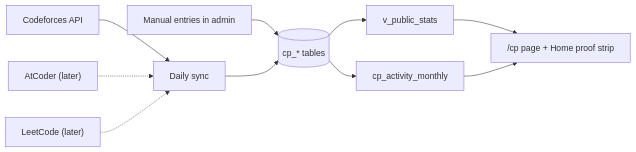
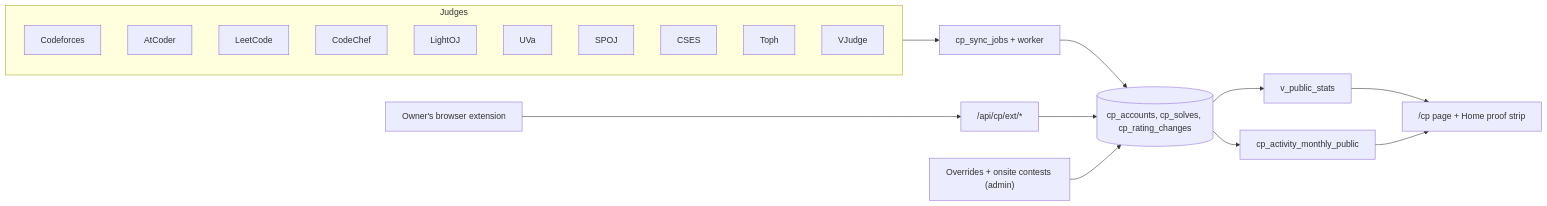
The diagram in docs/11-content-modules.md (eyasir329/portfolio), drawn with Mermaid before and after one commit. The commit also changed other lines of this file and 25 other files, not shown here.

````diff
--- a/docs/11-content-modules.md
+++ b/docs/11-content-modules.md
@@ -92,12 +58,23 @@
 ```mermaid
 flowchart LR
-  CF["Codeforces API"] --> SYNC["Daily sync"]
-  AT["AtCoder (later)"] -.-> SYNC
-  LC["LeetCode (later)"] -.-> SYNC
-  MAN["Manual entries in admin"] --> DB[("cp_* tables")]
-  SYNC --> DB
+  subgraph Judges
+    CF["Codeforces"]
+    AC["AtCoder"]
+    LC["LeetCode"]
+    CC["CodeChef"]
+    LO["LightOJ"]
+    UV["UVa"]
+    SP["SPOJ"]
+    CS["CSES"]
+    TO["Toph"]
+    VJ["VJudge"]
+  end
+  Judges --> Q["cp_sync_jobs + worker"]
+  EXT["Owner's browser extension"] --> ING["/api/cp/ext/*"]
+  Q --> DB[("cp_accounts, cp_solves, cp_rating_changes")]
+  ING --> DB
+  MAN["Overrides + onsite contests (admin)"] --> DB
   DB --> V1["v_public_stats"]
-  DB --> V2["cp_activity_monthly"]
-  V1 --> PAGE["/cp page + Home proof strip"]
-  V2 --> PAGE
+  DB --> V2["cp_activity_monthly_public"]
+  V1 & V2 --> PAGE["/cp page + Home proof strip"]
 ```
````
